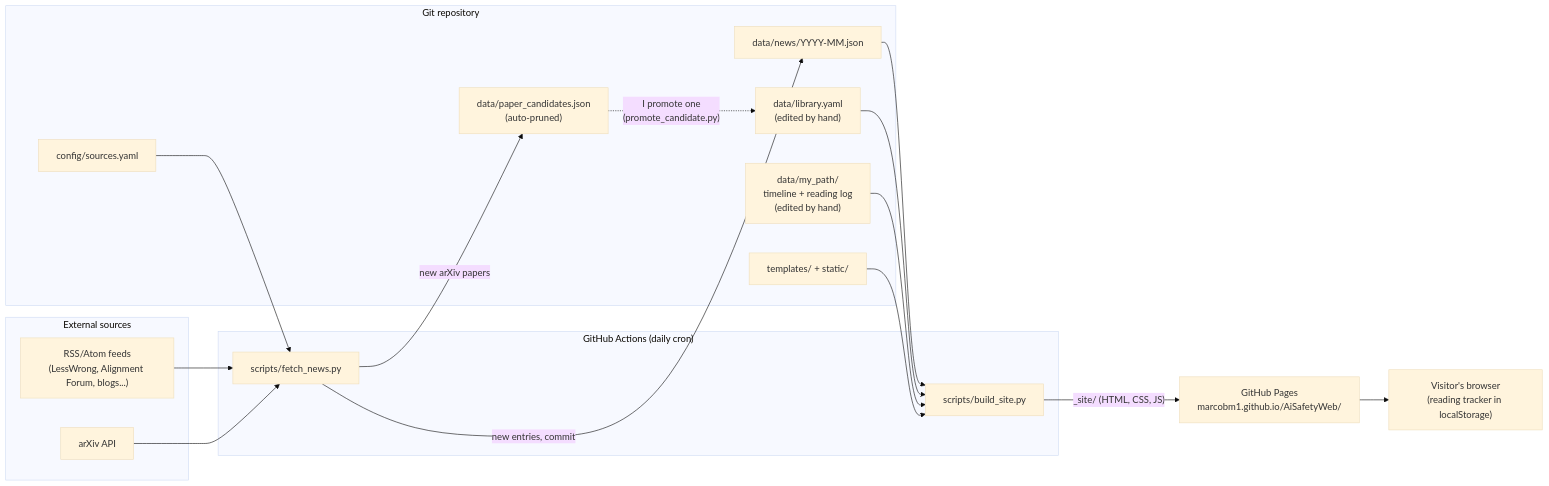
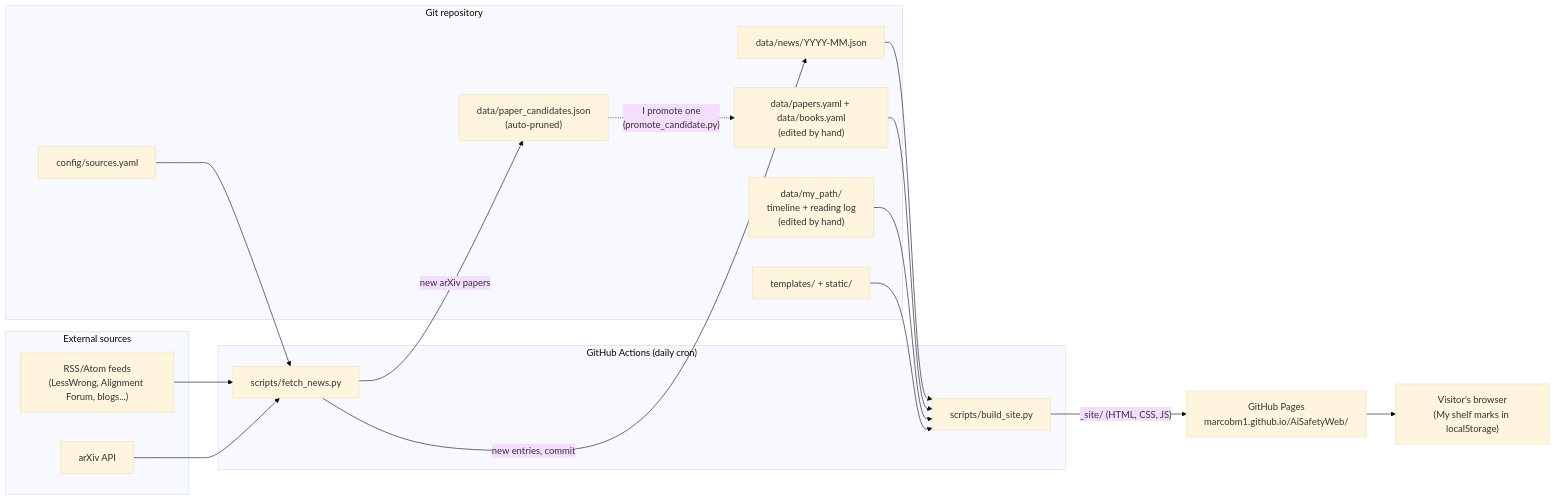
One commit to Marcobm1/AiSafetyWeb changed the diagram in docs/HOW_THIS_SITE_WORKS.md. Above: the diagram before and after it, drawn with Mermaid (base theme). The commit also changed other lines of this file and 19 other files, not shown here.

First line of the commit message:
Stage 4a: Papers, reading tracker, My shelf and promote_candidate.py

````diff
--- a/docs/HOW_THIS_SITE_WORKS.md
+++ b/docs/HOW_THIS_SITE_WORKS.md
@@ -59,34 +62,34 @@
 ```mermaid
 flowchart LR
     subgraph Sources["External sources"]
         RSS["RSS/Atom feeds<br/>(LessWrong, Alignment Forum, blogs...)"]
         ARX["arXiv API"]
     end
 
     subgraph Actions["GitHub Actions (daily cron)"]
         F["scripts/fetch_news.py"]
         B["scripts/build_site.py"]
     end
 
     subgraph Repo["Git repository"]
         CFG["config/sources.yaml"]
         NEWS["data/news/YYYY-MM.json"]
         CAND["data/paper_candidates.json<br/>(auto-pruned)"]
-        PAP["data/library.yaml<br/>(edited by hand)"]
+        PAP["data/papers.yaml + data/books.yaml<br/>(edited by hand)"]
         PATH["data/my_path/<br/>timeline + reading log<br/>(edited by hand)"]
         TPL["templates/ + static/"]
     end
 
     RSS --> F
     ARX --> F
     CFG --> F
     F -->|"new entries, commit"| NEWS
     F -->|"new arXiv papers"| CAND
     CAND -.->|"I promote one<br/>(promote_candidate.py)"| PAP
     NEWS --> B
     PAP --> B
     PATH --> B
     TPL --> B
     B -->|"_site/ (HTML, CSS, JS)"| PAGES["GitHub Pages<br/>marcobm1.github.io/AiSafetyWeb/"]
-    PAGES --> V["Visitor's browser<br/>(reading tracker in localStorage)"]
+    PAGES --> V["Visitor's browser<br/>(My shelf marks in localStorage)"]
 ```
````
